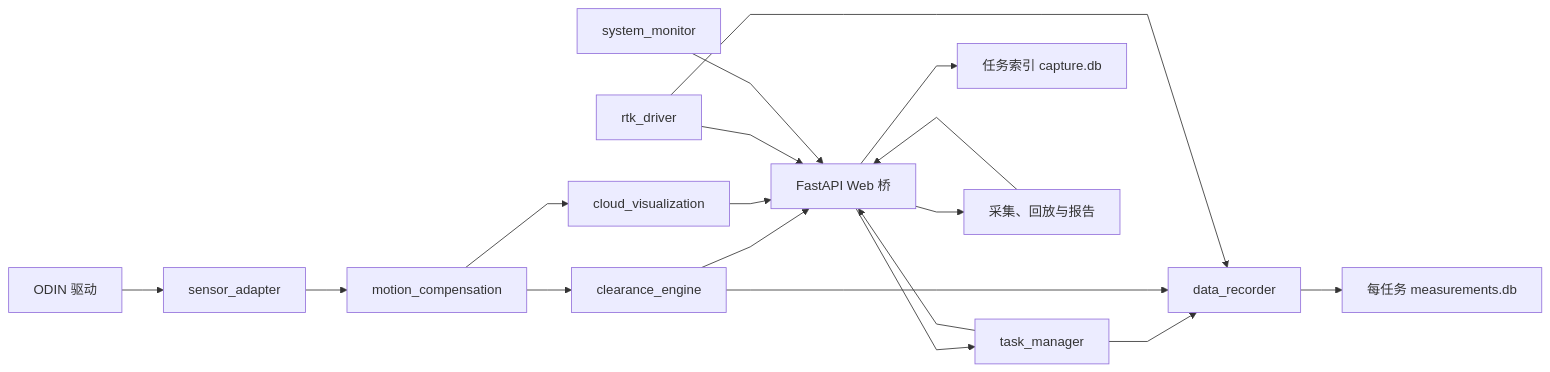
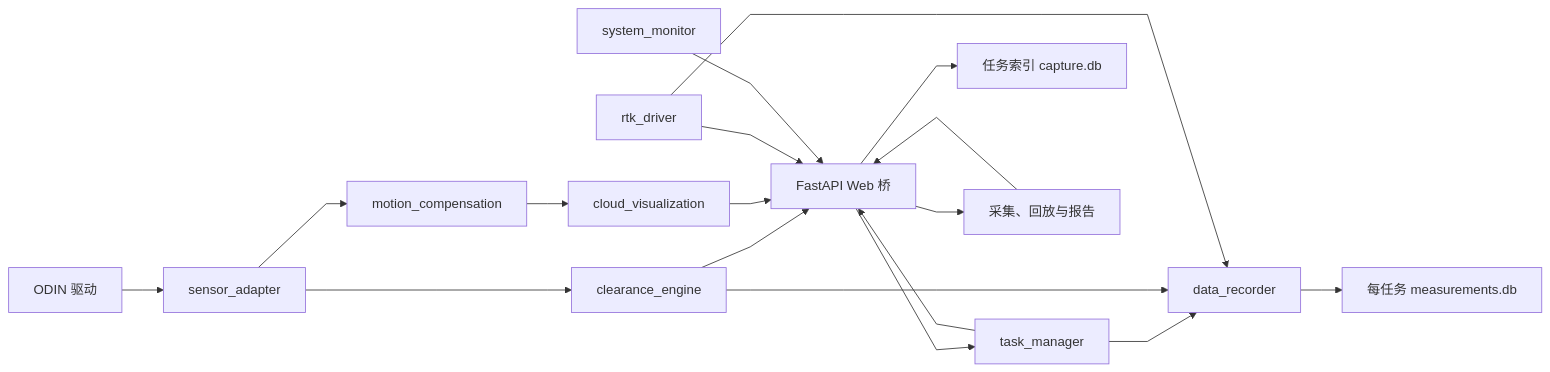
One commit to chuan126/capture_system changed the second of 3 diagrams in docs/architecture/系统总体架构.md. Above: the diagram before and after it, drawn with Mermaid. The commit also changed other lines of this file and 106 other files, not shown here.

````diff
--- a/docs/architecture/系统总体架构.md
+++ b/docs/architecture/系统总体架构.md
@@ -26,28 +26,28 @@
 ```mermaid
 %%{init: {"flowchart": {"curve": "linear"}}}%%
 flowchart LR
     ODIN["ODIN 驱动"]
     ADAPTER["sensor_adapter"]
     MOTION["motion_compensation"]
     CLEARANCE["clearance_engine"]
     PREVIEW["cloud_visualization"]
     RTK["rtk_driver"]
     MONITOR["system_monitor"]
     TASK["task_manager"]
     RECORD["data_recorder"]
     INDEX["任务索引 capture.db"]
     STORE["每任务 measurements.db"]
     WEB["FastAPI Web 桥"]
     UI["采集、回放与报告"]
 
-    ODIN --> ADAPTER --> MOTION
-    MOTION --> CLEARANCE --> WEB
+    ODIN --> ADAPTER --> CLEARANCE --> WEB
+    ADAPTER --> MOTION
     MOTION --> PREVIEW --> WEB
     RTK --> WEB
     MONITOR --> WEB --> UI
     UI --> WEB --> INDEX
     WEB --> TASK --> RECORD --> STORE
     CLEARANCE --> RECORD
     RTK --> RECORD
     TASK --> WEB
 ```
````
